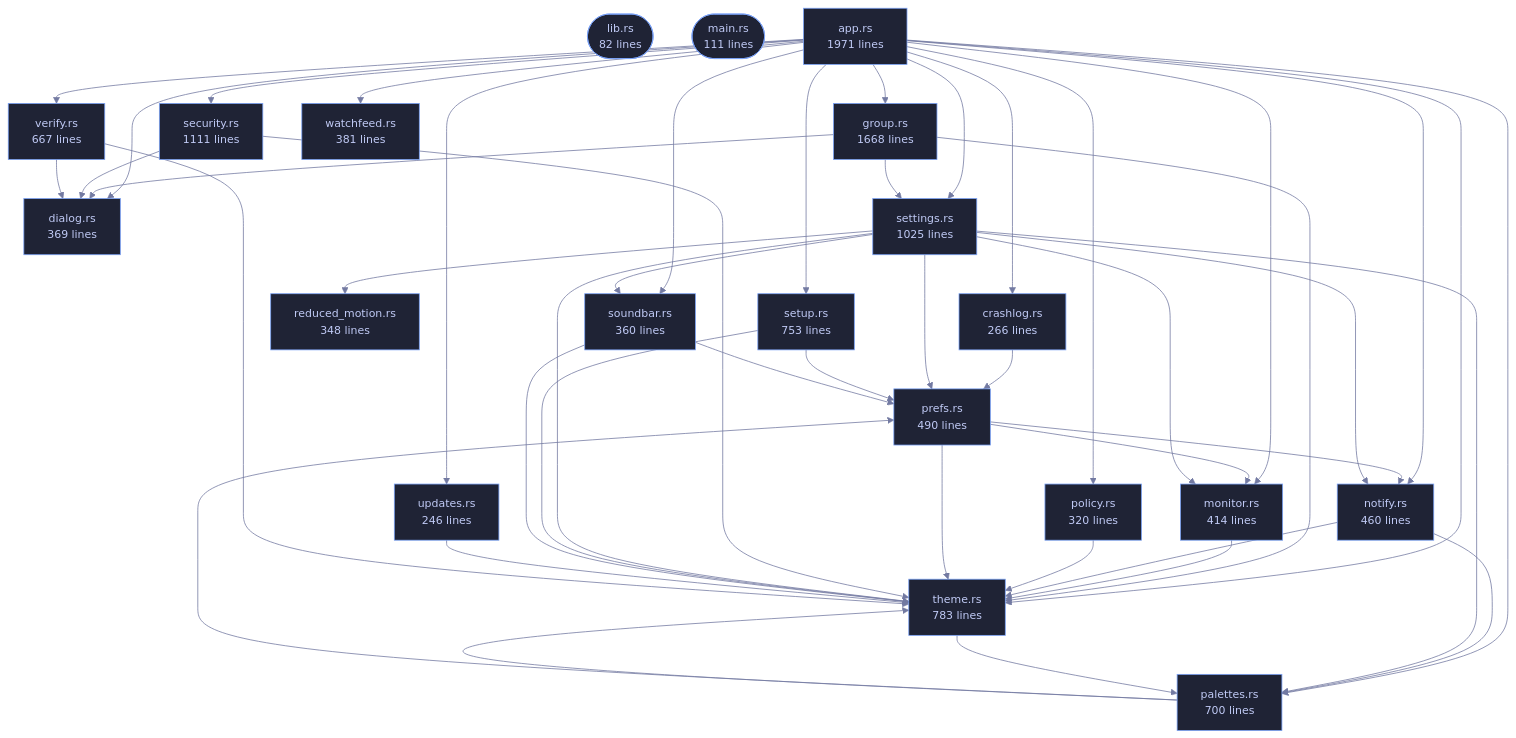
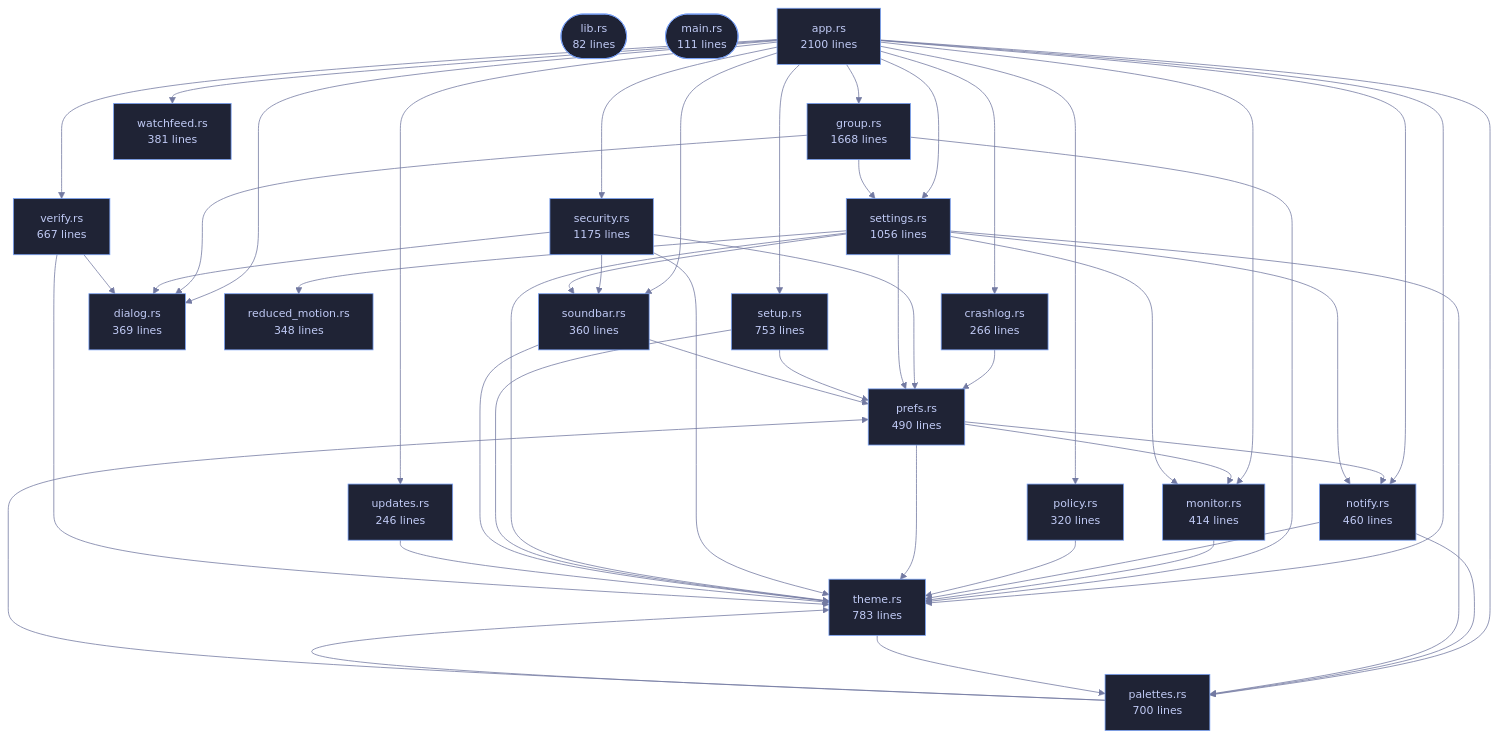
Before and after one commit to tilas01/veilvoice: the diagram in crates/veilvoice-gui/README.md, drawn with Mermaid. The commit also changed other lines of this file and 32 other files, not shown here.

```diff
--- a/crates/veilvoice-gui/README.md
+++ b/crates/veilvoice-gui/README.md
@@ -96,7 +96,7 @@
 flowchart TD
     n_lib(["lib.rs<br/>82 lines"])
     n_main(["main.rs<br/>111 lines"])
-    n_app["app.rs<br/>1971 lines"]
+    n_app["app.rs<br/>2100 lines"]
     n_crashlog["crashlog.rs<br/>266 lines"]
     n_dialog["dialog.rs<br/>369 lines"]
     n_group["group.rs<br/>1668 lines"]
@@ -106,8 +106,8 @@
     n_policy["policy.rs<br/>320 lines"]
     n_prefs["prefs.rs<br/>490 lines"]
     n_reduced_motion["reduced_motion.rs<br/>348 lines"]
-    n_security["security.rs<br/>1111 lines"]
-    n_settings["settings.rs<br/>1025 lines"]
+    n_security["security.rs<br/>1175 lines"]
+    n_settings["settings.rs<br/>1056 lines"]
     n_setup["setup.rs<br/>753 lines"]
     n_soundbar["soundbar.rs<br/>360 lines"]
     n_theme["theme.rs<br/>783 lines"]
@@ -143,6 +143,8 @@
     n_prefs --> n_notify
     n_prefs --> n_theme
     n_security --> n_dialog
+    n_security --> n_prefs
+    n_security --> n_soundbar
     n_security --> n_theme
     n_settings --> n_monitor
     n_settings --> n_notify
```
